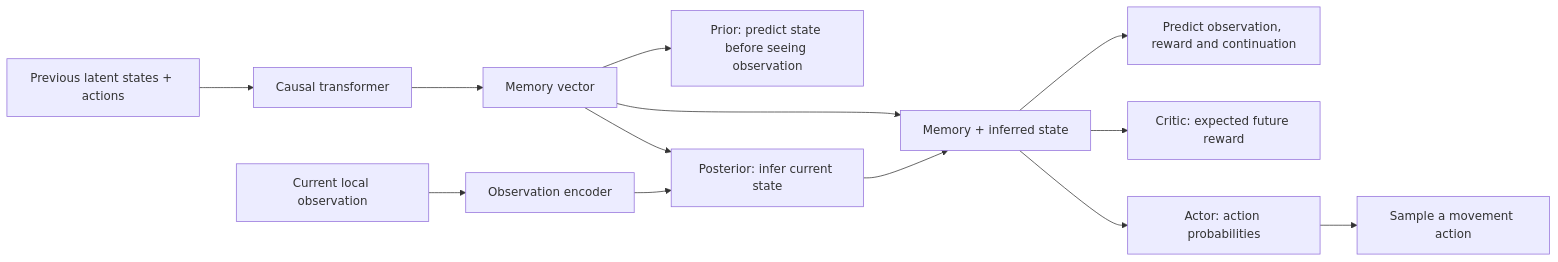
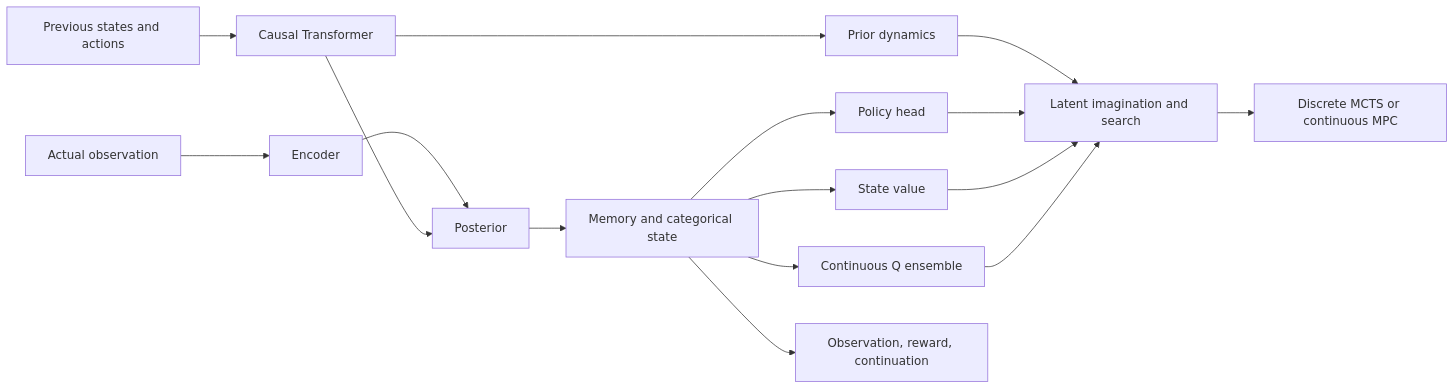
One commit to Nova-Rift/survival-agent changed the diagram in README.md. Above: the diagram before and after it, drawn with Mermaid. The commit also changed other lines of this file and 10 other files, not shown here.

Commit message:
Implement shared Transformer hybrid with imagination learning and MCTS/MPC

````diff
--- a/README.md
+++ b/README.md
@@ -37,15 +30,18 @@
 ```mermaid
 flowchart LR
-    H[Previous latent states + actions] --> T[Causal transformer]
-    T --> M[Memory vector]
-    O[Current local observation] --> E[Observation encoder]
-    E --> P[Posterior: infer current state]
-    M --> P
-    M --> F[Memory + inferred state]
-    P --> F
-    F --> A[Actor: action probabilities]
-    A --> X[Sample a movement action]
-    F --> V[Critic: expected future reward]
-    F --> D[Predict observation, reward and continuation]
-    M --> R[Prior: predict state before seeing observation]
+    H[Previous states and actions] --> T[Causal Transformer]
+    O[Actual observation] --> E[Encoder]
+    E --> P[Posterior]
+    T --> P
+    T --> R[Prior dynamics]
+    P --> F[Memory and categorical state]
+    F --> A[Policy head]
+    F --> V[State value]
+    F --> Q[Continuous Q ensemble]
+    F --> D[Observation, reward, continuation]
+    R --> S[Latent imagination and search]
+    A --> S
+    V --> S
+    Q --> S
+    S --> M[Discrete MCTS or continuous MPC]
 ```
````
